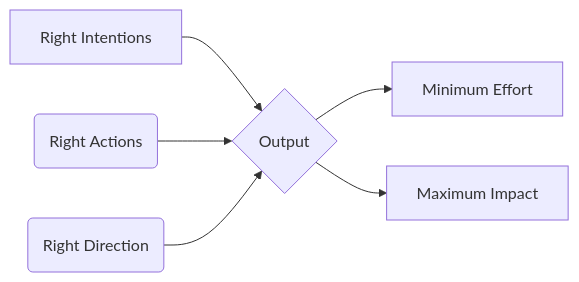
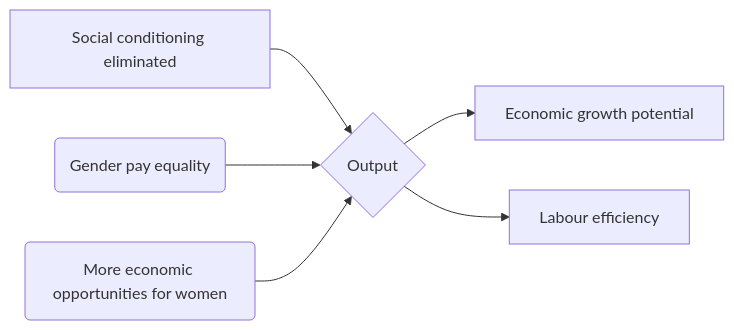
Before and after one commit to ananditamisraM/ananditamisraM.github.io: the diagram in hello.qmd, drawn with Mermaid. The commit also changed other lines of this file and 7 other files, not shown here.

````diff
--- a/hello.qmd
+++ b/hello.qmd
@@ -83,8 +96,8 @@
 ```{mermaid}
 flowchart LR
-  A[Right Intentions] --> D(Output)
-  B(Right Actions) --> D{Output}
-  C(Right Direction) --> D{Output}
-  D --> E[Minimum Effort]
-  D --> F[Maximum Impact]
+  A[Social conditioning eliminated] --> D(Output)
+  B(Gender pay equality) --> D{Output}
+  C(More economic opportunities for women) --> D{Output}
+  D --> E[Economic growth potential]
+  D --> F[Labour efficiency]
 ```
````
